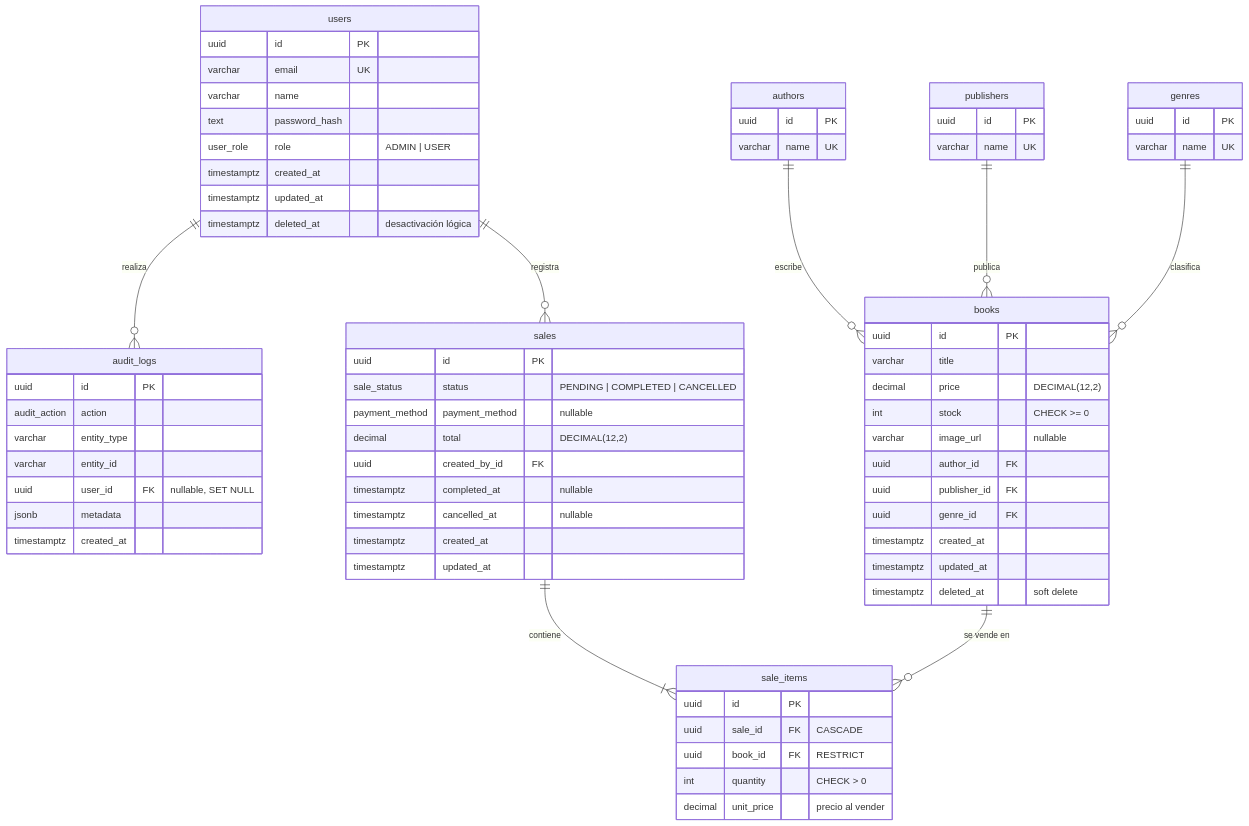
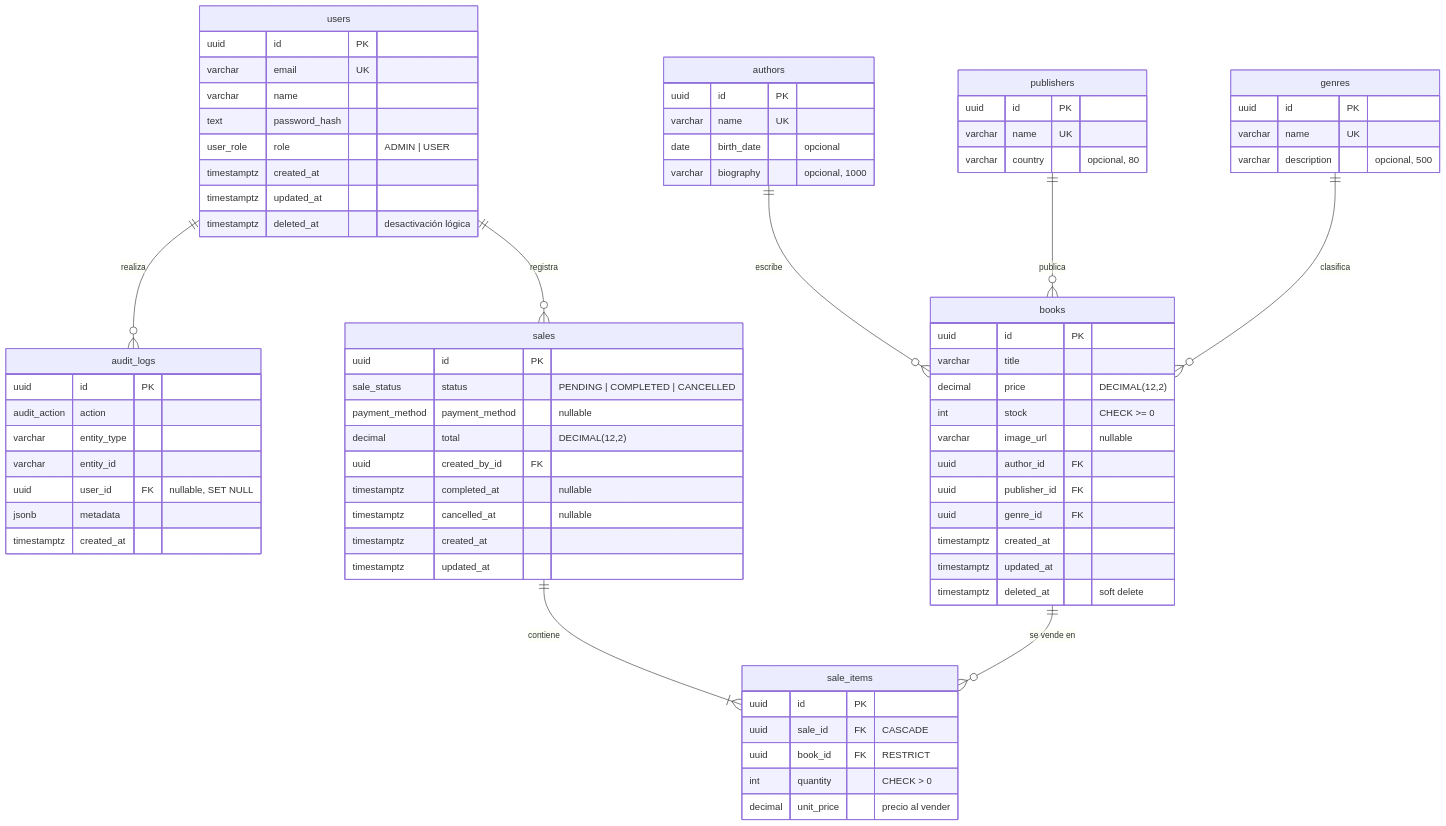
One commit to gbo-ynz/cmpc-test changed the diagram in docs/DATABASE.md. Above: the diagram before and after it, drawn with Mermaid. The commit also changed other lines of this file and 139 other files, not shown here.

````diff
--- a/docs/DATABASE.md
+++ b/docs/DATABASE.md
@@ -8,73 +8,77 @@
 ```mermaid
 erDiagram
   users ||--o{ audit_logs : "realiza"
   users ||--o{ sales : "registra"
   authors ||--o{ books : "escribe"
   publishers ||--o{ books : "publica"
   genres ||--o{ books : "clasifica"
   sales ||--|{ sale_items : "contiene"
   books ||--o{ sale_items : "se vende en"
 
   users {
     uuid id PK
     varchar email UK
     varchar name
     text password_hash
     user_role role "ADMIN | USER"
     timestamptz created_at
     timestamptz updated_at
     timestamptz deleted_at "desactivación lógica"
   }
   sales {
     uuid id PK
     sale_status status "PENDING | COMPLETED | CANCELLED"
     payment_method payment_method "nullable"
     decimal total "DECIMAL(12,2)"
     uuid created_by_id FK
     timestamptz completed_at "nullable"
     timestamptz cancelled_at "nullable"
     timestamptz created_at
     timestamptz updated_at
   }
   sale_items {
     uuid id PK
     uuid sale_id FK "CASCADE"
     uuid book_id FK "RESTRICT"
     int quantity "CHECK > 0"
     decimal unit_price "precio al vender"
   }
   authors {
     uuid id PK
     varchar name UK
+    date birth_date "opcional"
+    varchar biography "opcional, 1000"
   }
   publishers {
     uuid id PK
     varchar name UK
+    varchar country "opcional, 80"
   }
   genres {
     uuid id PK
     varchar name UK
+    varchar description "opcional, 500"
   }
   books {
     uuid id PK
     varchar title
     decimal price "DECIMAL(12,2)"
     int stock "CHECK >= 0"
     varchar image_url "nullable"
     uuid author_id FK
     uuid publisher_id FK
     uuid genre_id FK
     timestamptz created_at
     timestamptz updated_at
     timestamptz deleted_at "soft delete"
   }
   audit_logs {
     uuid id PK
     audit_action action
     varchar entity_type
     varchar entity_id
     uuid user_id FK "nullable, SET NULL"
     jsonb metadata
     timestamptz created_at
   }
 ```
````
